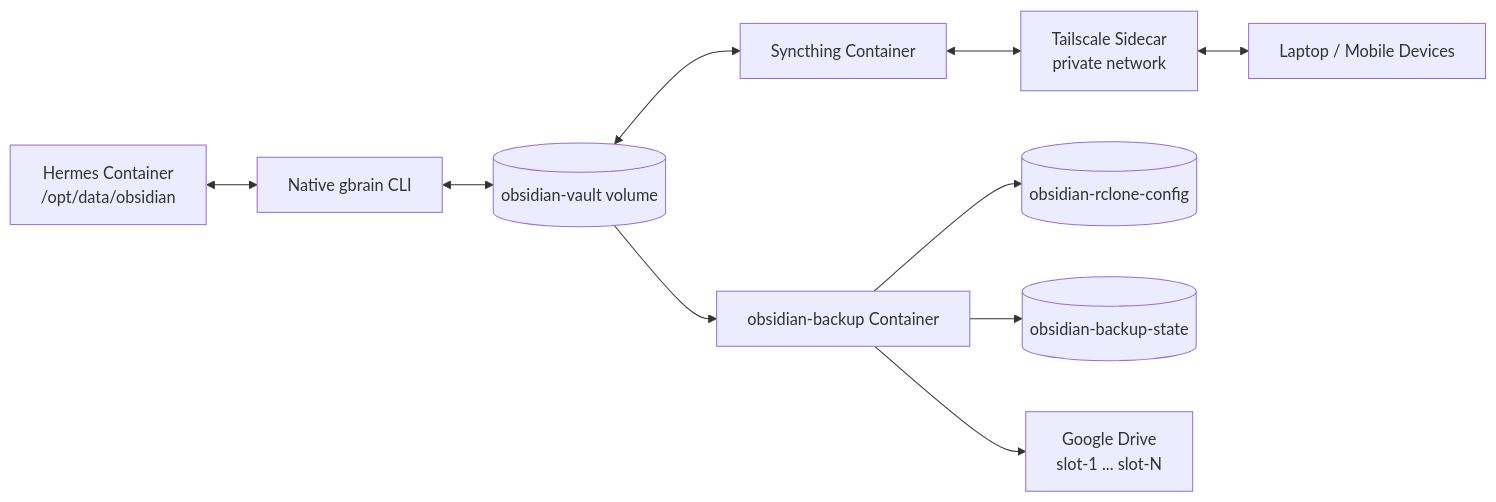
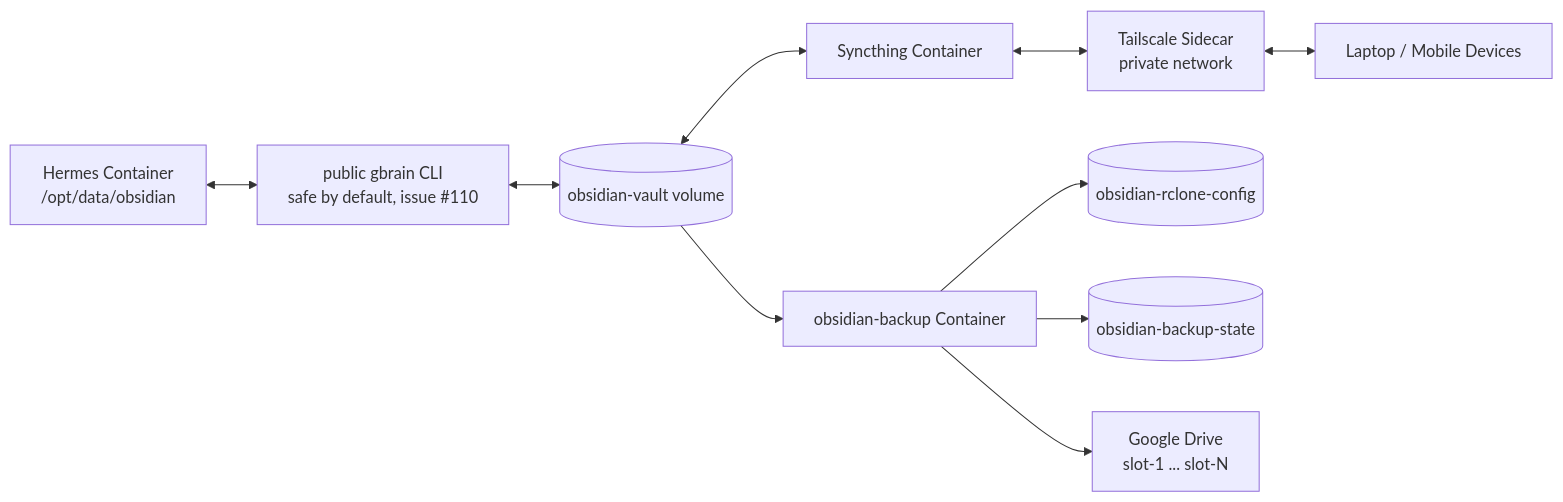
The third of 5 diagrams in README.md (Pedrohgv/josemar-assistente), drawn with Mermaid before and after one commit. The commit also changed other lines of this file and 28 other files, not shown here.

Commit message:
fix(gbrain): serialize public vault access

````diff
--- a/README.md
+++ b/README.md
@@ -94,12 +94,12 @@
 ```mermaid
 flowchart LR
-  Hermes[Hermes Container<br/>/opt/data/obsidian] <--> GBrain[Native gbrain CLI]
+  Hermes[Hermes Container<br/>/opt/data/obsidian] <--> GBrain[public gbrain CLI<br/>safe by default, issue #110]
   GBrain <--> Vault[(obsidian-vault volume)]
   Vault <--> Syncthing[Syncthing Container]
   Syncthing <--> Tailscale[Tailscale Sidecar<br/>private network]
   Tailscale <--> Devices[Laptop / Mobile Devices]
   Vault --> Backup[obsidian-backup Container]
   Backup --> RcloneConfig[(obsidian-rclone-config)]
   Backup --> SlotState[(obsidian-backup-state)]
   Backup --> Drive[Google Drive<br/>slot-1 ... slot-N]
 ```
````
